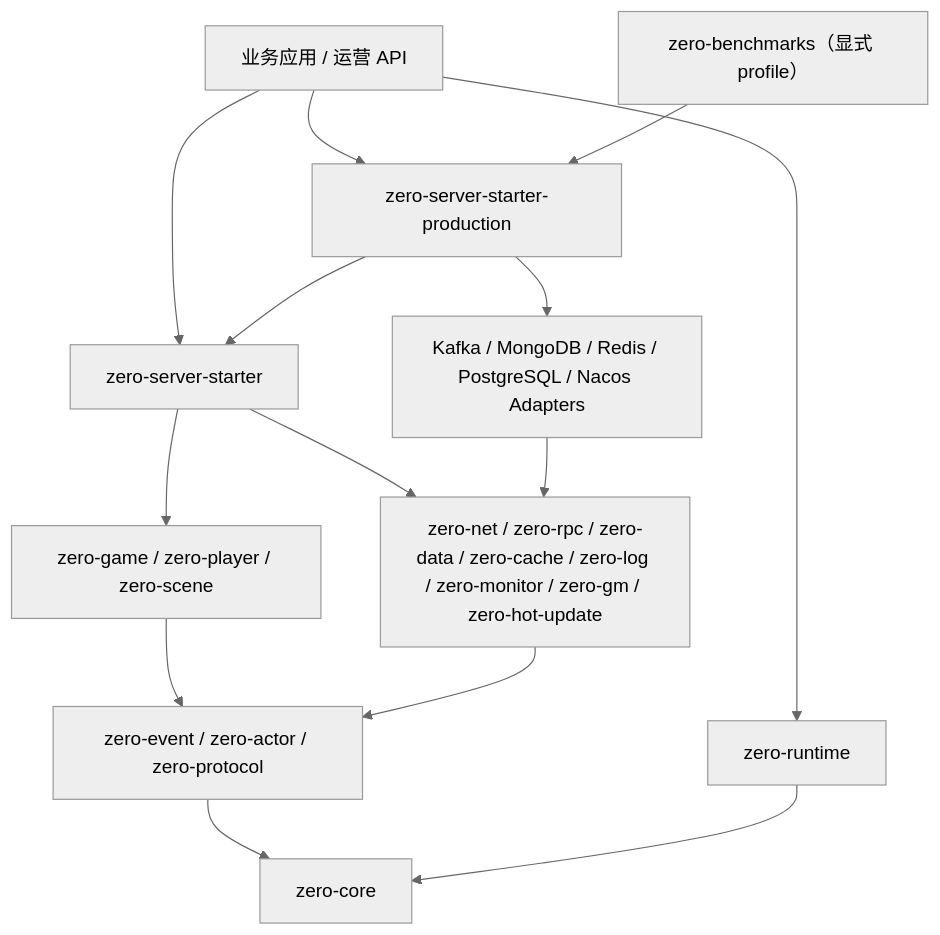
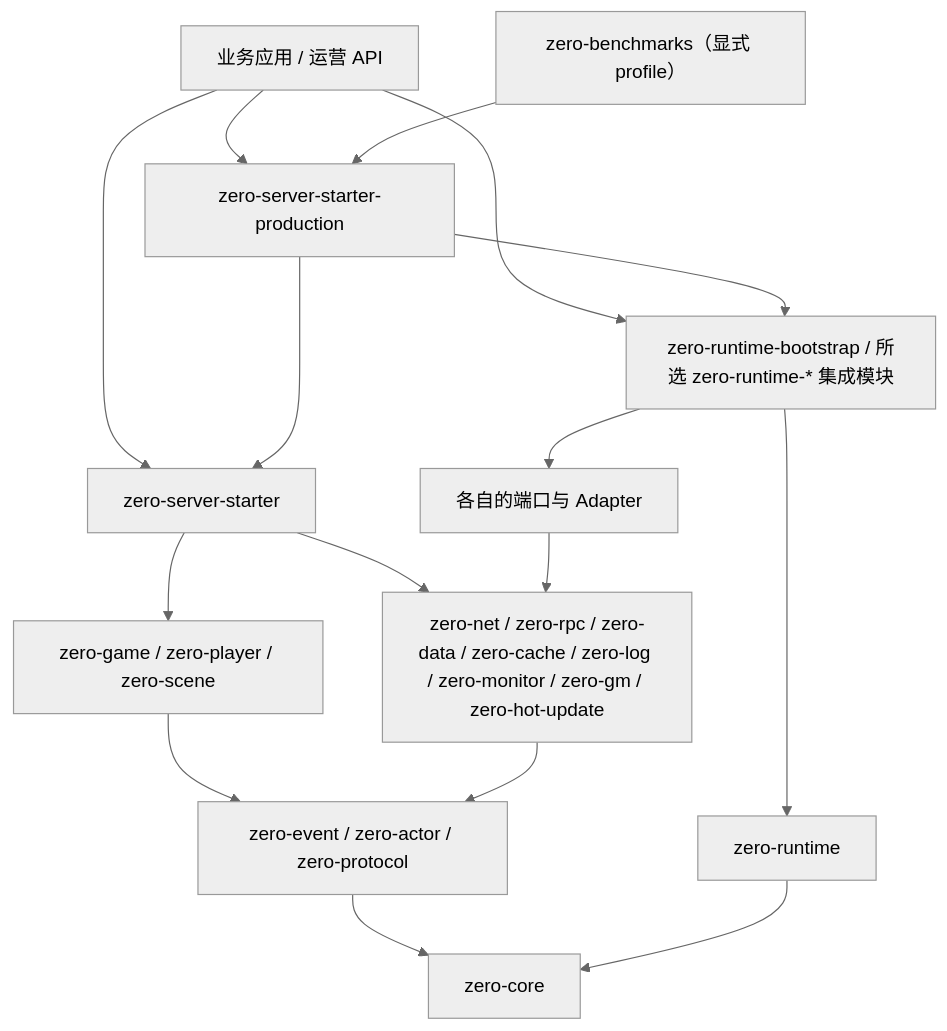
The diagram in docs/module-map.md (yixunfei/zero-server), drawn with Mermaid (neutral theme) before and after one commit. The commit also changed other lines of this file and 373 other files, not shown here.

````diff
--- a/docs/module-map.md
+++ b/docs/module-map.md
@@ -9,16 +9,18 @@
 ```mermaid
 flowchart TB
     APP["业务应用 / 运营 API"] --> STARTER["zero-server-starter"]
     APP --> PROD["zero-server-starter-production"]
-    APP --> RUNTIME["zero-runtime"]
+    APP --> INTEGRATIONS["zero-runtime-bootstrap / 所选 zero-runtime-* 集成模块"]
+    INTEGRATIONS --> RUNTIME["zero-runtime"]
     PROD --> STARTER
-    PROD --> ADAPTERS["Kafka / MongoDB / Redis / PostgreSQL / Nacos Adapters"]
+    PROD --> INTEGRATIONS
+    INTEGRATIONS --> ADAPTERS["各自的端口与 Adapter"]
     STARTER --> GAME["zero-game / zero-player / zero-scene"]
     STARTER --> INFRA["zero-net / zero-rpc / zero-data / zero-cache / zero-log / zero-monitor / zero-gm / zero-hot-update"]
     ADAPTERS --> INFRA
     GAME --> FOUNDATION["zero-event / zero-actor / zero-protocol"]
     INFRA --> FOUNDATION
     FOUNDATION --> CORE["zero-core"]
     RUNTIME --> CORE
     BENCH["zero-benchmarks（显式 profile）"] --> PROD
 ```
````
